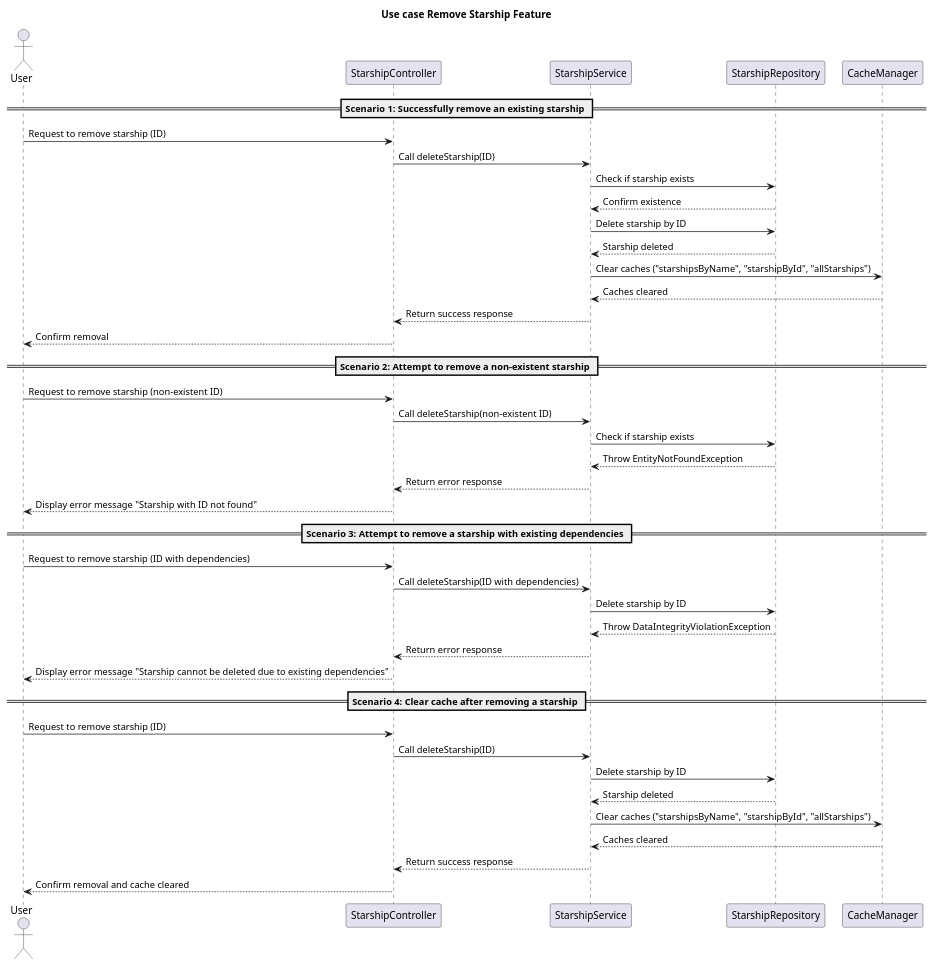
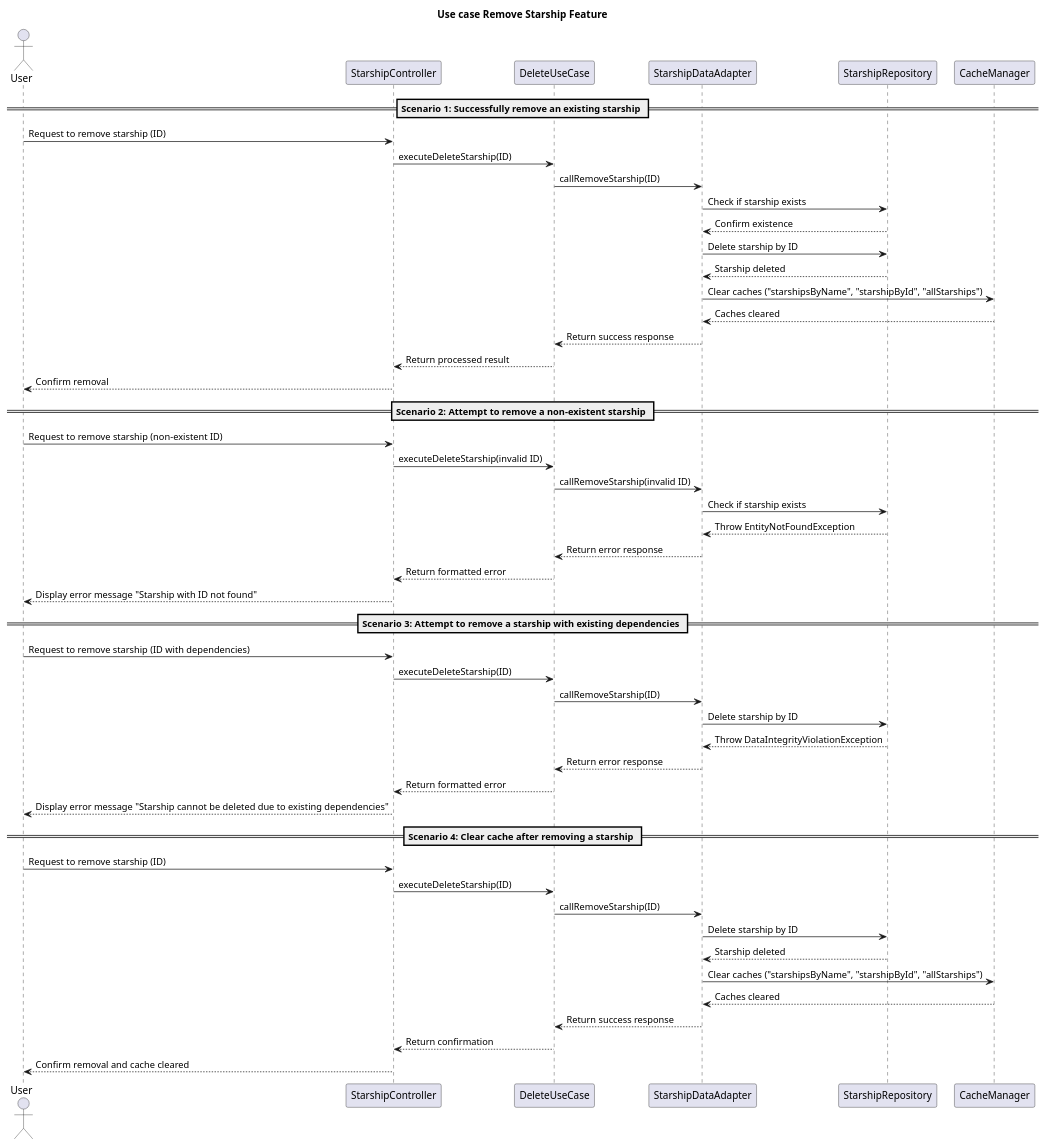
Before and after one commit to alex25/starship-registry: the diagram in doc/bdd-specs/starship-remover.puml, drawn with PlantUML. The commit also changed 71 other files, not shown here.

```diff
--- a/doc/bdd-specs/starship-remover.puml
+++ b/doc/bdd-specs/starship-remover.puml
@@ -1,48 +1,57 @@
 @startuml
 title Use case Remove Starship Feature
 
 actor User
 participant "StarshipController" as Controller
-participant "StarshipService" as Service
+participant "DeleteUseCase" as delete
+participant "StarshipDataAdapter" as Service
 participant "StarshipRepository" as Repository
 participant "CacheManager" as Cache
 
 == Scenario 1: Successfully remove an existing starship ==
 User -> Controller: Request to remove starship (ID)
-Controller -> Service: Call deleteStarship(ID)
+Controller -> delete: executeDeleteStarship(ID)
+delete -> Service: callRemoveStarship(ID)
 Service -> Repository: Check if starship exists
 Repository --> Service: Confirm existence
 Service -> Repository: Delete starship by ID
 Repository --> Service: Starship deleted
 Service -> Cache: Clear caches ("starshipsByName", "starshipById", "allStarships")
 Cache --> Service: Caches cleared
-Service --> Controller: Return success response
+Service --> delete: Return success response
+delete --> Controller: Return processed result
 Controller --> User: Confirm removal
 
 == Scenario 2: Attempt to remove a non-existent starship ==
 User -> Controller: Request to remove starship (non-existent ID)
-Controller -> Service: Call deleteStarship(non-existent ID)
+Controller -> delete: executeDeleteStarship(invalid ID)
+delete -> Service: callRemoveStarship(invalid ID)
 Service -> Repository: Check if starship exists
 Repository --> Service: Throw EntityNotFoundException
-Service --> Controller: Return error response
+Service --> delete: Return error response
+delete --> Controller: Return formatted error
 Controller --> User: Display error message "Starship with ID not found"
 
 == Scenario 3: Attempt to remove a starship with existing dependencies ==
 User -> Controller: Request to remove starship (ID with dependencies)
-Controller -> Service: Call deleteStarship(ID with dependencies)
+Controller -> delete: executeDeleteStarship(ID)
+delete -> Service: callRemoveStarship(ID)
 Service -> Repository: Delete starship by ID
 Repository --> Service: Throw DataIntegrityViolationException
-Service --> Controller: Return error response
+Service --> delete: Return error response
+delete --> Controller: Return formatted error
 Controller --> User: Display error message "Starship cannot be deleted due to existing dependencies"
 
 == Scenario 4: Clear cache after removing a starship ==
 User -> Controller: Request to remove starship (ID)
-Controller -> Service: Call deleteStarship(ID)
+Controller -> delete: executeDeleteStarship(ID)
+delete -> Service: callRemoveStarship(ID)
 Service -> Repository: Delete starship by ID
 Repository --> Service: Starship deleted
 Service -> Cache: Clear caches ("starshipsByName", "starshipById", "allStarships")
 Cache --> Service: Caches cleared
-Service --> Controller: Return success response
+Service --> delete: Return success response
+delete --> Controller: Return confirmation
 Controller --> User: Confirm removal and cache cleared
 
 @enduml
```
